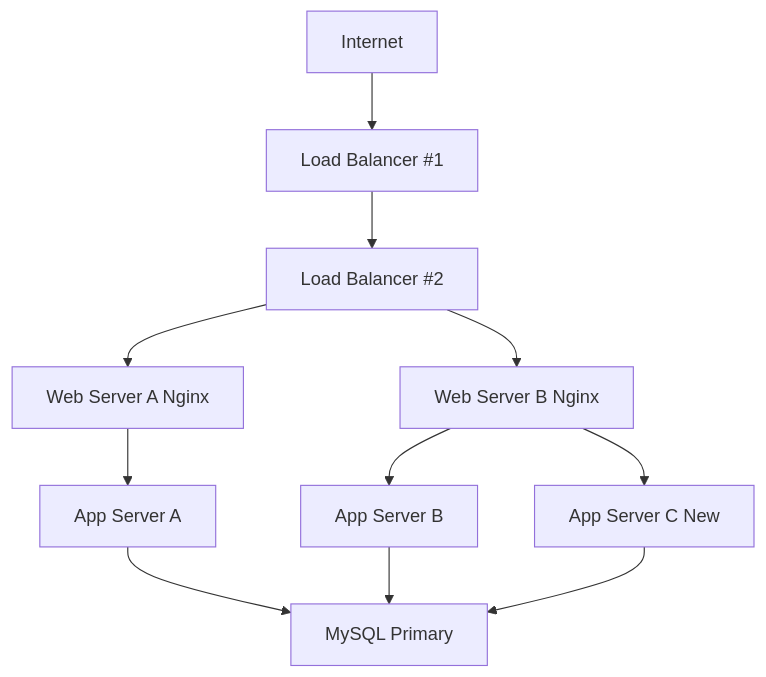
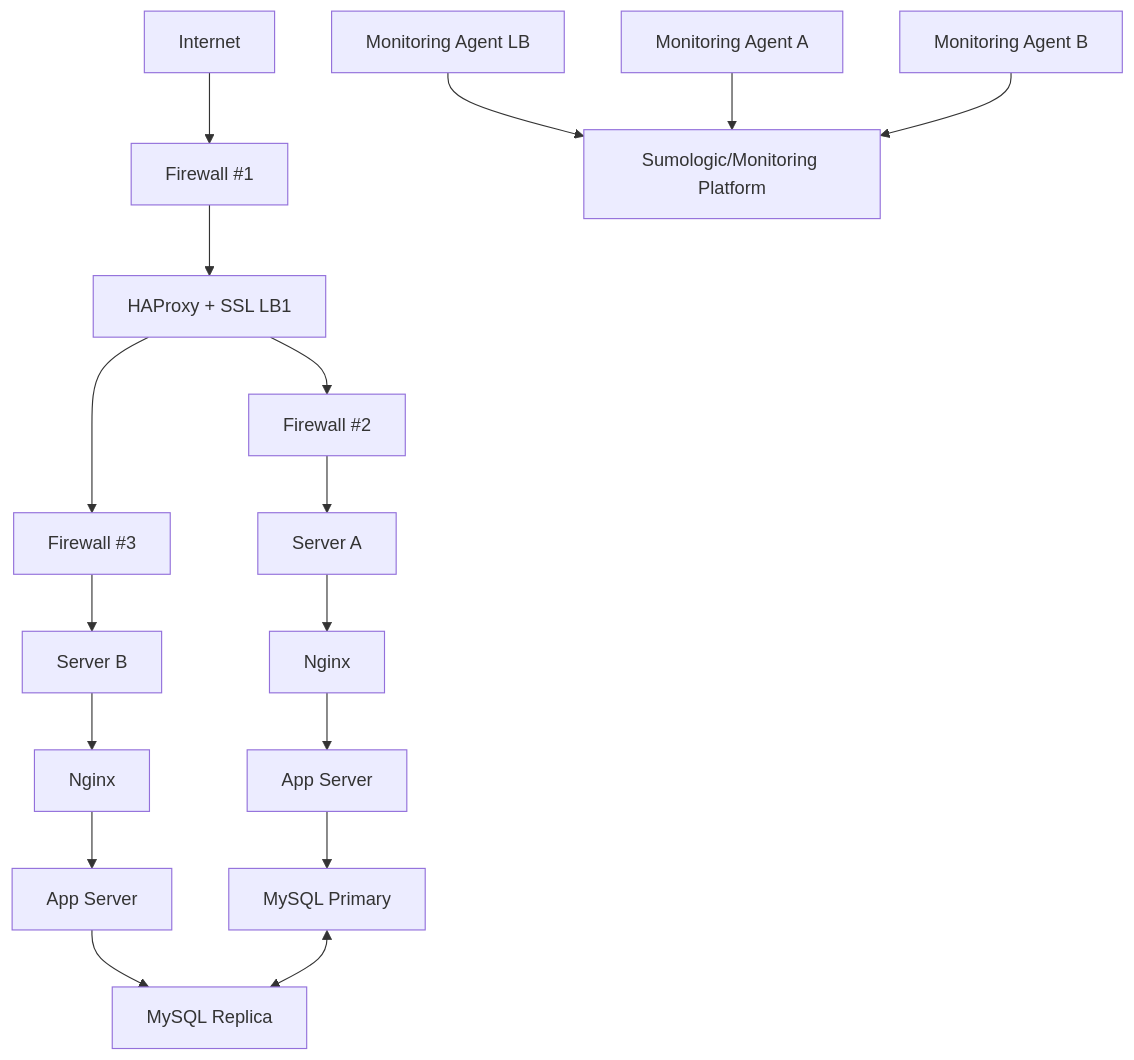
The diagram in web_infrastructure_design/2-secured_and_monitored_web_infrastructure.md (HamzaMoinet/holbertonschool-system_engineering-devops), drawn with Mermaid before and after one commit. The commit also changed 1 other file, not shown here.

Commit message:
task 2 and 3

````diff
--- a/web_infrastructure_design/2-secured_and_monitored_web_infrastructure.md
+++ b/web_infrastructure_design/2-secured_and_monitored_web_infrastructure.md
@@ -69,23 +69,31 @@
 ```mermaid
 graph TD
     Internet[Internet]
-    LB1[Load Balancer #1]
-    LB2[Load Balancer #2]
-    Web1[Web Server A Nginx]
-    Web2[Web Server B Nginx]
-    App1[App Server A]
-    App2[App Server B]
-    App3[App Server C New]
-    DB[MySQL Primary]
+    FW1[Firewall #1]
+    LB1[HAProxy + SSL LB1]
+    FW2[Firewall #2]
+    FW3[Firewall #3]
+    ServerA[Server A]
+    ServerB[Server B]
+    NginxA[Nginx]
+    NginxB[Nginx]
+    AppA[App Server]
+    AppB[App Server]
+    DB1[MySQL Primary]
+    DB2[MySQL Replica]
+    MonA[Monitoring Agent A]
+    MonB[Monitoring Agent B]
+    MonLB[Monitoring Agent LB]
+    Sumo[Sumologic/Monitoring Platform]
 
-    Internet --> LB1
-    LB1 --> LB2
-    LB2 --> Web1
-    LB2 --> Web2
-    Web1 --> App1
-    Web2 --> App2
-    Web2 --> App3
-    App1 --> DB
-    App2 --> DB
-    App3 --> DB
+    Internet --> FW1 --> LB1
+    LB1 --> FW2 --> ServerA
+    LB1 --> FW3 --> ServerB
+    ServerA --> NginxA --> AppA --> DB1
+    ServerB --> NginxB --> AppB --> DB2
+    DB1 <--> DB2
+
+    MonLB --> Sumo
+    MonA --> Sumo
+    MonB --> Sumo
 ```
````
